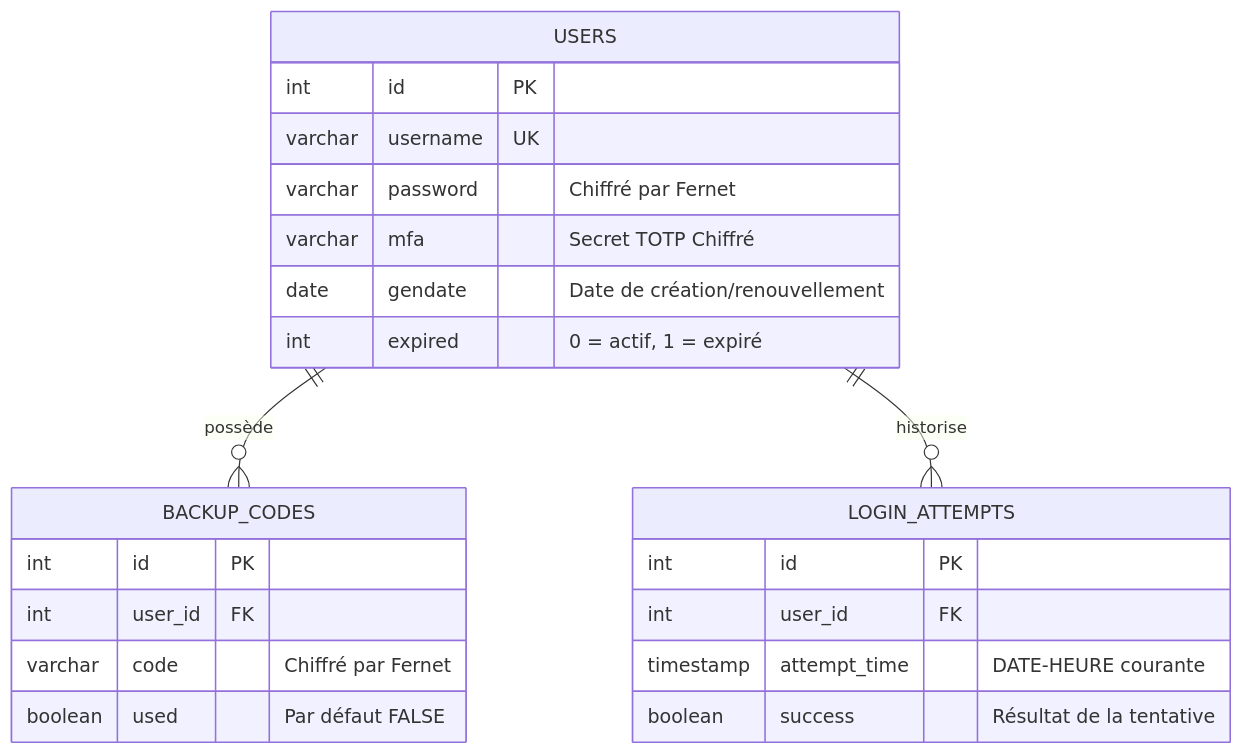
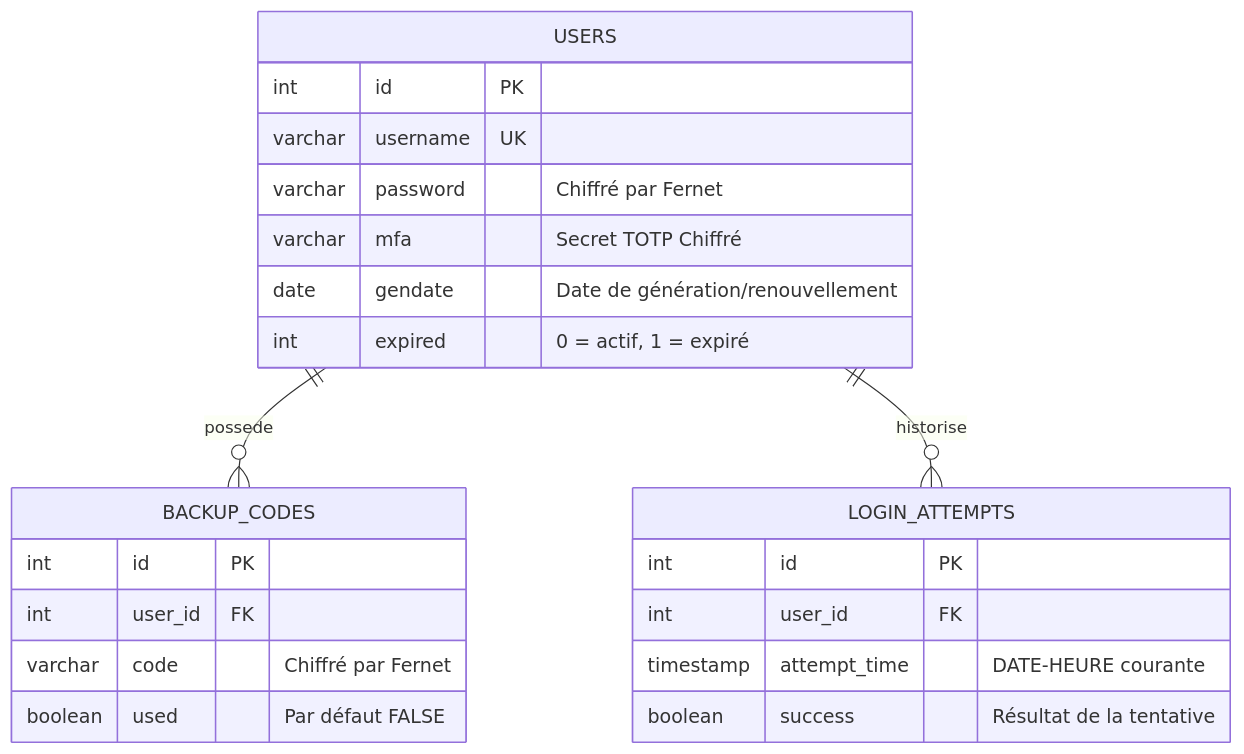
One commit to LyndaALGANI/mspr-auth-serverless changed the diagram in README.md. Above: the diagram before and after it, drawn with Mermaid. The commit also changed other lines of this file, not shown here.

````diff
--- a/README.md
+++ b/README.md
@@ -79,28 +126,28 @@
 ```mermaid
 erDiagram
-    USERS ||--o{ BACKUP_CODES : "possède"
+    USERS ||--o{ BACKUP_CODES : "possede"
     USERS ||--o{ LOGIN_ATTEMPTS : "historise"
 
     USERS {
         int id PK
         varchar username UK
         varchar password "Chiffré par Fernet"
         varchar mfa "Secret TOTP Chiffré"
-        date gendate "Date de création/renouvellement"
+        date gendate "Date de génération/renouvellement"
         int expired "0 = actif, 1 = expiré"
     }
 
     BACKUP_CODES {
         int id PK
         int user_id FK
         varchar code "Chiffré par Fernet"
         boolean used "Par défaut FALSE"
     }
 
     LOGIN_ATTEMPTS {
         int id PK
         int user_id FK
         timestamp attempt_time "DATE-HEURE courante"
         boolean success "Résultat de la tentative"
     }
 ```
````
